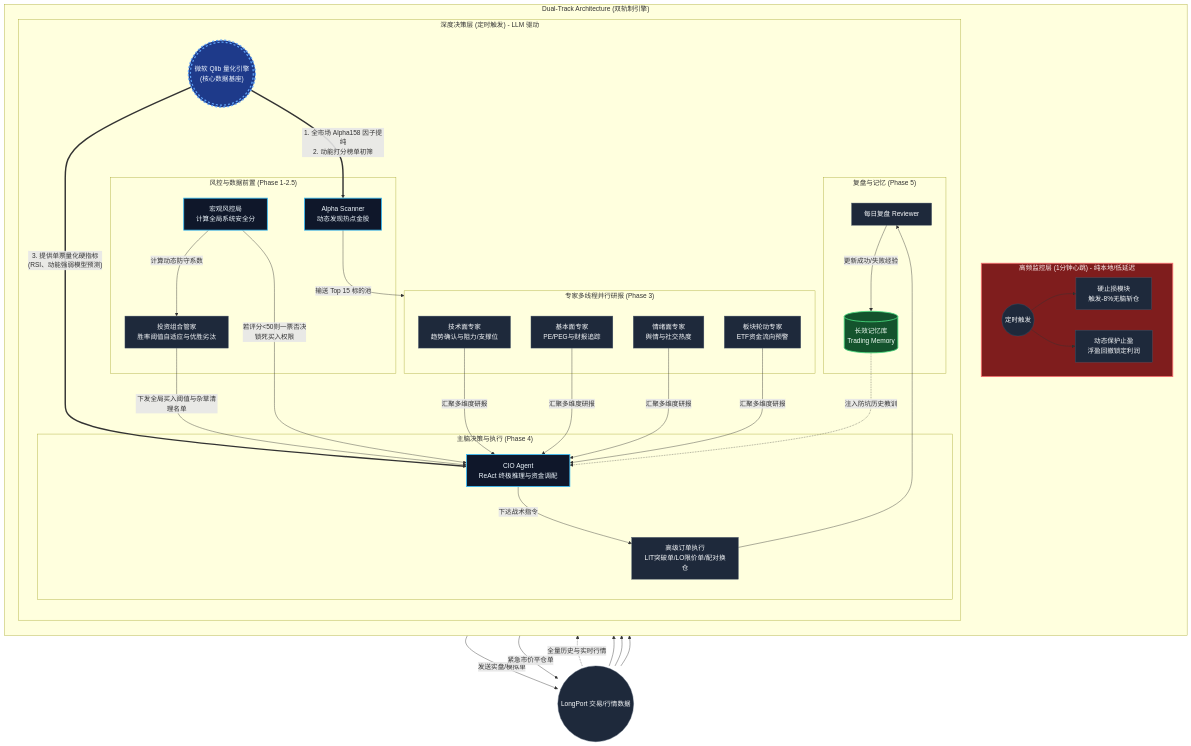
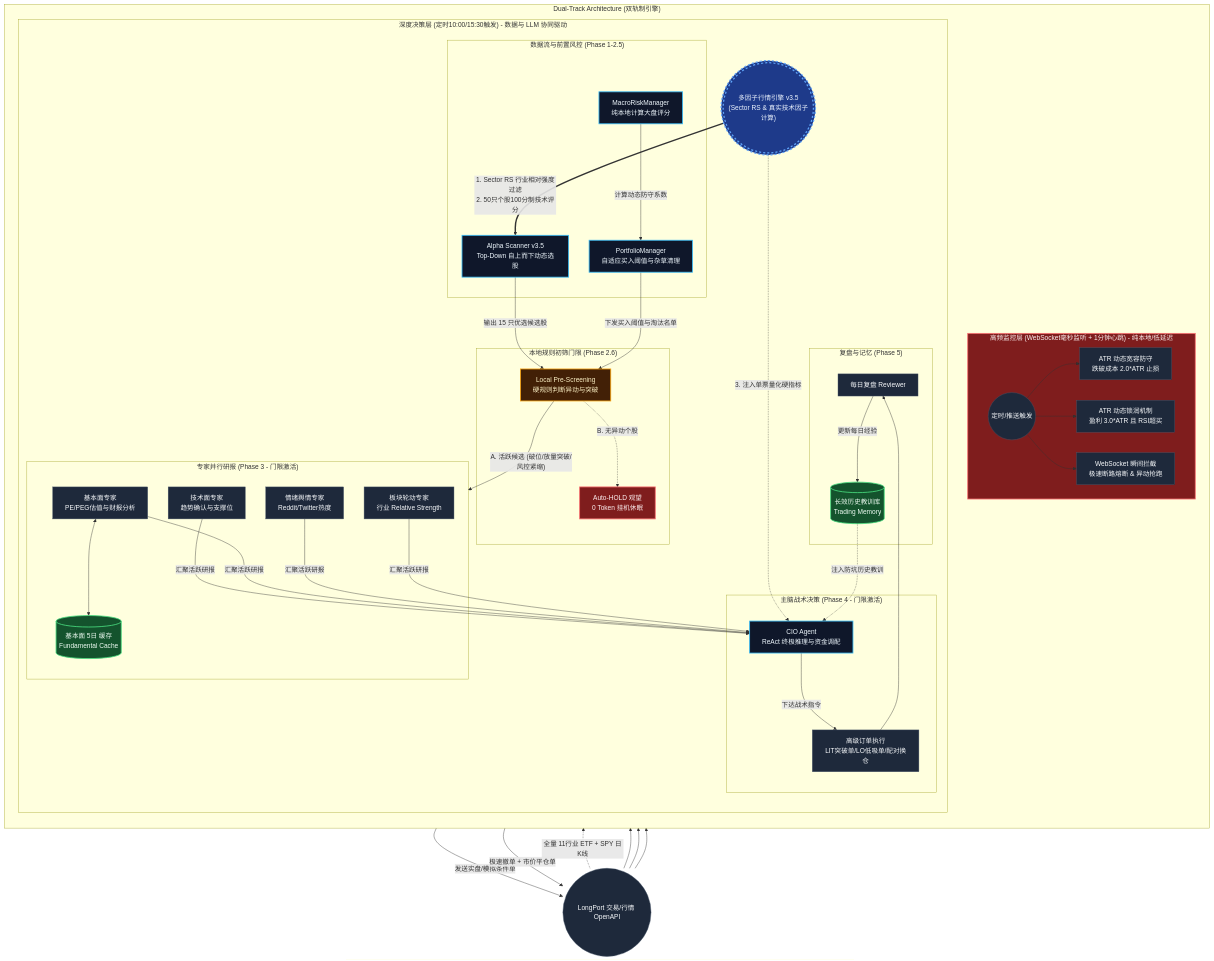
Before and after one commit to lsluqiye-lab/LP_agent: the first of 2 diagrams in README.md, drawn with Mermaid. The commit also changed other lines of this file, not shown here.

Commit message:
docs: update README.md to v3.5 with top-down RS scanning and local pre-screening architectures

````diff
--- a/README.md
+++ b/README.md
@@ -19,83 +19,97 @@
     classDef qlib fill:#1e3a8a,stroke:#60a5fa,stroke-width:3px,color:#eff6ff,stroke-dasharray: 5 5;
     classDef wd fill:#7f1d1d,stroke:#f87171,stroke-width:2px,color:#fef2f2;
     classDef memory fill:#14532d,stroke:#4ade80,stroke-width:2px,color:#f0fdf4;
+    classDef pre fill:#422006,stroke:#f59e0b,stroke-width:2px,color:#fef3c7;
 
     subgraph Dual_Track_Engine ["Dual-Track Architecture (双轨制引擎)"]
         direction TB
 
         %% High-Frequency Watchdog
-        subgraph Watchdog ["高频监控层 (1分钟心跳) - 纯本地/低延迟"]
-            WD_Timer((定时触发))
-            WD_StopLoss[硬止损模块<br>触发-8%无脑斩仓]
-            WD_TakeProfit[动态保护止盈<br>浮盈回撤锁定利润]
+        subgraph Watchdog ["高频监控层 (WebSocket毫秒监听 + 1分钟心跳) - 纯本地/低延迟"]
+            WD_Timer((定时/推送触发))
+            WD_StopLoss[ATR 动态宽容防守<br>跌破成本 2.0*ATR 止损]
+            WD_TakeProfit[ATR 动态锁润机制<br>盈利 3.0*ATR 且 RSI超买]
+            WD_WS[WebSocket 瞬间拦截<br>极速断路熔断 & 异动抢跑]
             
             WD_Timer --> WD_StopLoss
             WD_Timer --> WD_TakeProfit
+            WD_Timer --> WD_WS
         end
 
         %% Strategic Brain
-        subgraph Brain ["深度决策层 (定时触发) - LLM 驱动"]
+        subgraph Brain ["深度决策层 (定时10:00/15:30触发) - 数据与 LLM 协同驱动"]
             direction TB
             
             %% Phase 1-2.5
-            subgraph Phase_Front ["风控与数据前置 (Phase 1-2.5)"]
-                MacroRisk[宏观风控局<br>计算全局系统安全分]
-                PortManager[投资组合管家<br>胜率阈值自适应与优胜劣汰]
-                AlphaScan[Alpha Scanner<br>动态发现热点金股]
+            subgraph Phase_Front ["数据流与前置风控 (Phase 1-2.5)"]
+                MacroRisk[MacroRiskManager<br>纯本地计算大盘评分]
+                PortManager[PortfolioManager<br>自适应买入阈值与杂草清理]
+                AlphaScan[Alpha Scanner v3.5<br>Top-Down 自上而下动态选股]
             end
 
-            %% QLIB Core highlighting
-            QlibQuant((("微软 Qlib 量化引擎<br>(核心数据基座)"))):::qlib
+            %% Quant Factor Engine v3.5
+            QuantEngine_35((("多因子行情引擎 v3.5<br>(Sector RS & 真实技术因子计算)"))):::qlib
             
+            %% Phase 2.6: Local Pre-Screening
+            subgraph PreScreenBlock ["本地规则初筛门限 (Phase 2.6)"]
+                PreScreen[Local Pre-Screening<br>硬规则判断异动与突破]:::pre
+                AutoHold[Auto-HOLD 观望<br>0 Token 挂机休眠]:::wd
+            end
+
             %% Phase 3
-            subgraph Phase_Experts ["专家多线程并行研报 (Phase 3)"]
-                TechExpert[技术面专家<br>趋势确认与阻力/支撑位]
-                FundExpert[基本面专家<br>PE/PEG与财报追踪]
-                SentExpert[情绪面专家<br>舆情与社交热度]
-                SectExpert[板块轮动专家<br>ETF资金流向预警]
+            subgraph Phase_Experts ["专家并行研报 (Phase 3 - 门限激活)"]
+                TechExpert[技术面专家<br>趋势确认与支撑位]
+                FundExpert[基本面专家<br>PE/PEG估值与财报分析]
+                FundCache[(基本面 5日 缓存<br>Fundamental Cache)]:::memory
+                SentExpert[情绪舆情专家<br>Reddit/Twitter热度]
+                SectExpert[板块轮动专家<br>行业 Relative Strength]
+                
+                FundExpert <--> FundCache
             end
 
             %% Phase 4
-            subgraph Phase_CIO ["主脑决策与执行 (Phase 4)"]
+            subgraph Phase_CIO ["主脑战术决策 (Phase 4 - 门限激活)"]
                 CIO[CIO Agent<br>ReAct 终极推理与资金调配]
-                OrderExec[高级订单执行<br>LIT突破单/LO限价单/配对换仓]
+                OrderExec[高级订单执行<br>LIT突破单/LO低吸单/配对换仓]
             end
 
             %% Phase 5
             subgraph Phase_Review ["复盘与记忆 (Phase 5)"]
                 Review[每日复盘 Reviewer]
-                Memory[(长效记忆库<br>Trading Memory)]:::memory
+                Memory[(长效历史教训库<br>Trading Memory)]:::memory
             end
         end
     end
 
+    %% Data Source
+    LongPort((LongPort 交易/行情 OpenAPI))
+
     %% Data Flow
-    LongPort((LongPort 交易/行情数据))
-
-    %% Qlib specifics
-    LongPort -. "全量历史与实时行情" .-> QlibQuant
-    QlibQuant ==>|"1. 全市场 Alpha158 因子提纯<br>2. 动能打分榜单初筛"| AlphaScan
-    QlibQuant ==>|"3. 提供单票量化硬指标<br>(RSI、动能强弱模型预测)"| CIO
+    LongPort -. "全量 11行业 ETF + SPY 日K线" .-> QuantEngine_35
+    QuantEngine_35 ==>|"1. Sector RS 行业相对强度过滤<br>2. 50只个股100分制技术评分"| AlphaScan
+    QuantEngine_35 -. "3. 注入单票量化硬指标" .-> CIO
     
     LongPort --> MacroRisk
     LongPort --> Watchdog
     LongPort --> Phase_Experts
 
-    AlphaScan -->|"输送 Top 15 标的池"| Phase_Experts
+    AlphaScan -->|"输出 15 只优选候选股"| PreScreen
     MacroRisk -->|"计算动态防守系数"| PortManager
-    PortManager -->|"下发全局买入阈值与杂草清理名单"| CIO
-    MacroRisk -->|"若评分<50则一票否决<br>锁死买入权限"| CIO
+    PortManager -->|"下发买入阈值与淘汰名单"| PreScreen
     
-    TechExpert & FundExpert & SentExpert & SectExpert -->|"汇聚多维度研报"| CIO
+    PreScreen -->|"A. 活跃候选 (破位/放量突破/风控紧缩)"| Phase_Experts
+    PreScreen -. "B. 无异动个股" .-> AutoHold
+    
+    TechExpert & FundExpert & SentExpert & SectExpert -->|"汇聚活跃研报"| CIO
     
     Memory -. "注入防坑历史教训" .-> CIO
     CIO -->|"下达战术指令"| OrderExec
-    OrderExec -->|"发送实盘/模拟单"| LongPort
-    Watchdog -->|"紧急市价平仓单"| LongPort
+    OrderExec -->|"发送实盘/模拟条件单"| LongPort
+    Watchdog -->|"极速撤单 + 市价平仓单"| LongPort
 
     OrderExec --> Review
-    Review -->|"更新成功/失败经验"| Memory
+    Review -->|"更新每日经验"| Memory
 
     class Watchdog wd;
-    class CIO,MacroRisk,AlphaScan core;
+    class CIO,MacroRisk,AlphaScan,PortManager core;
 ```
````
